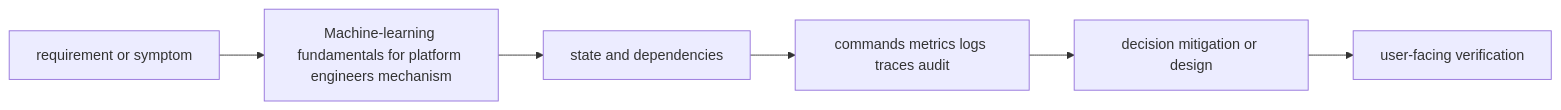
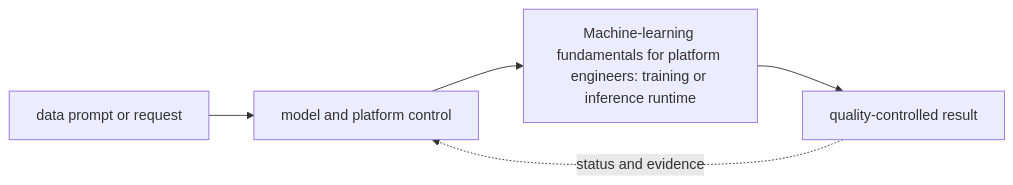
Before and after one commit to tomkidumbuyo/DevOps-interview-preparation: the diagram in 11-ai-platform/01-machine-learning-fundamentals-for-platform-engineers/README.md, drawn with Mermaid. The commit also changed other lines of this file and 753 other files, not shown here.

````diff
--- a/11-ai-platform/01-machine-learning-fundamentals-for-platform-engineers/README.md
+++ b/11-ai-platform/01-machine-learning-fundamentals-for-platform-engineers/README.md
@@ -21,8 +31,7 @@
 ```mermaid
 flowchart LR
-  R[requirement or symptom] --> M[Machine-learning fundamentals for platform engineers mechanism]
-  M --> S[state and dependencies]
-  S --> O[commands metrics logs traces audit]
-  O --> D[decision mitigation or design]
-  D --> V[user-facing verification]
+  A["data prompt or request"] --> B["model and platform control"]
+  B --> C["Machine-learning fundamentals for platform engineers: training or inference runtime"]
+  C --> D["quality-controlled result"]
+  D -. "status and evidence" .-> B
 ```
````
